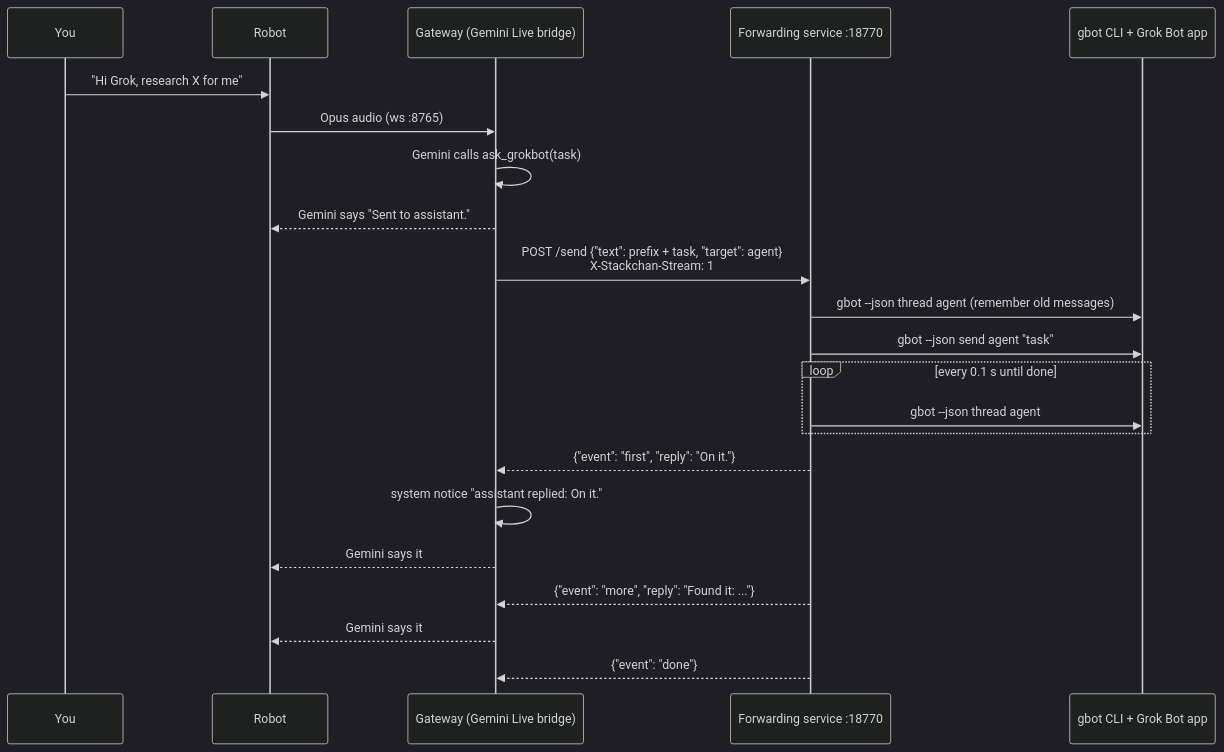
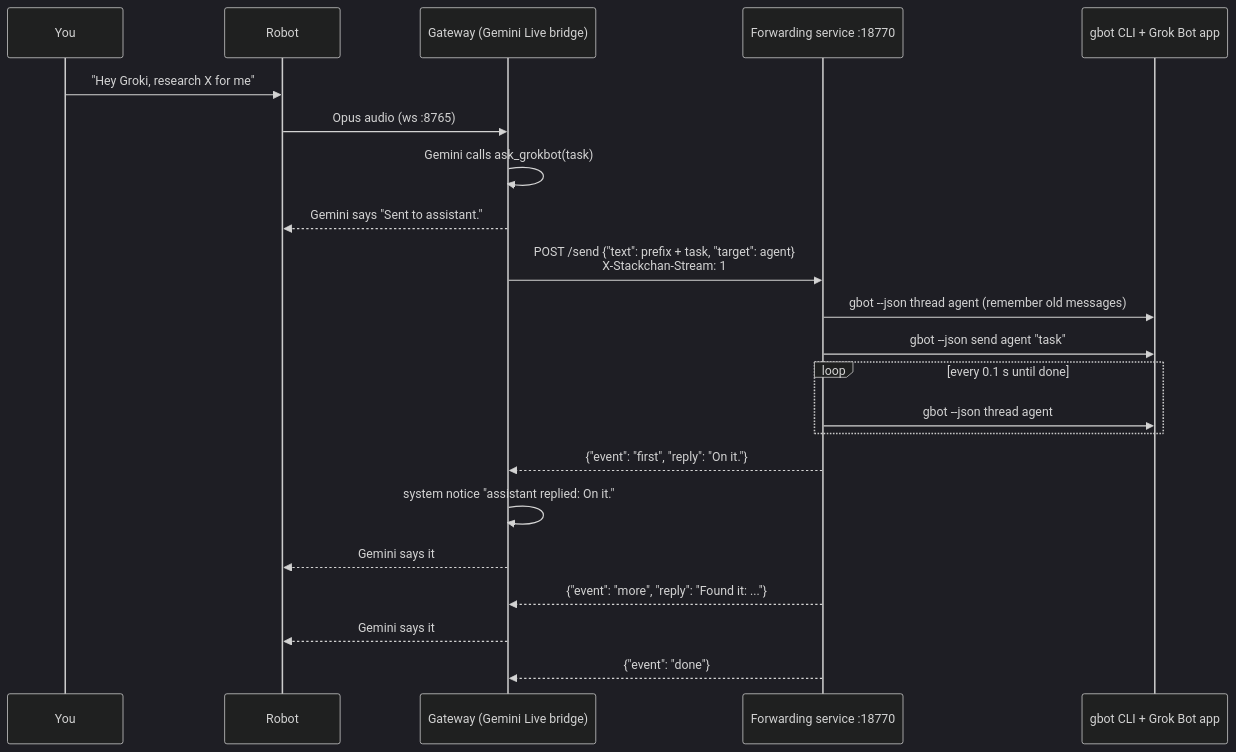
Before and after one commit to sefuzhou770801-hub/groki-bot: the second of 2 diagrams in docs/architecture.md, drawn with Mermaid (dark theme). The commit also changed other lines of this file and 14 other files, not shown here.

First line of the commit message:
Change the default wake word to "Hey Groki"

````diff
--- a/docs/architecture.md
+++ b/docs/architecture.md
@@ -117,25 +117,25 @@
 ```mermaid
 sequenceDiagram
     participant U as You
     participant R as Robot
     participant G as Gateway (Gemini Live bridge)
     participant P as Forwarding service :18770
     participant B as gbot CLI + Grok Bot app
 
-    U->>R: "Hi Grok, research X for me"
+    U->>R: "Hey Groki, research X for me"
     R->>G: Opus audio (ws :8765)
     G->>G: Gemini calls ask_grokbot(task)
     G-->>R: Gemini says "Sent to assistant."
     G->>P: POST /send {"text": prefix + task, "target": agent}<br/>X-Stackchan-Stream: 1
     P->>B: gbot --json thread agent (remember old messages)
     P->>B: gbot --json send agent "task"
     loop every 0.1 s until done
         P->>B: gbot --json thread agent
     end
     P-->>G: {"event": "first", "reply": "On it."}
     G->>G: system notice "assistant replied: On it."
     G-->>R: Gemini says it
     P-->>G: {"event": "more", "reply": "Found it: ..."}
     G-->>R: Gemini says it
     P-->>G: {"event": "done"}
 ```
````
